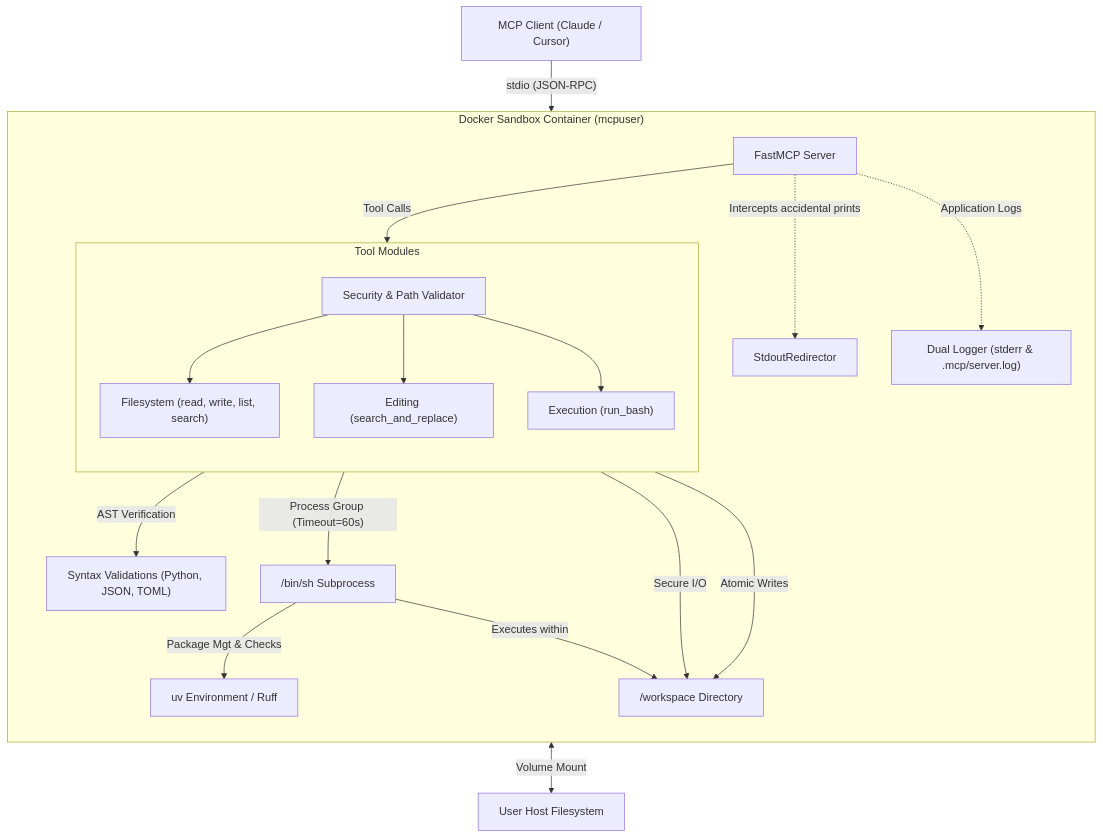
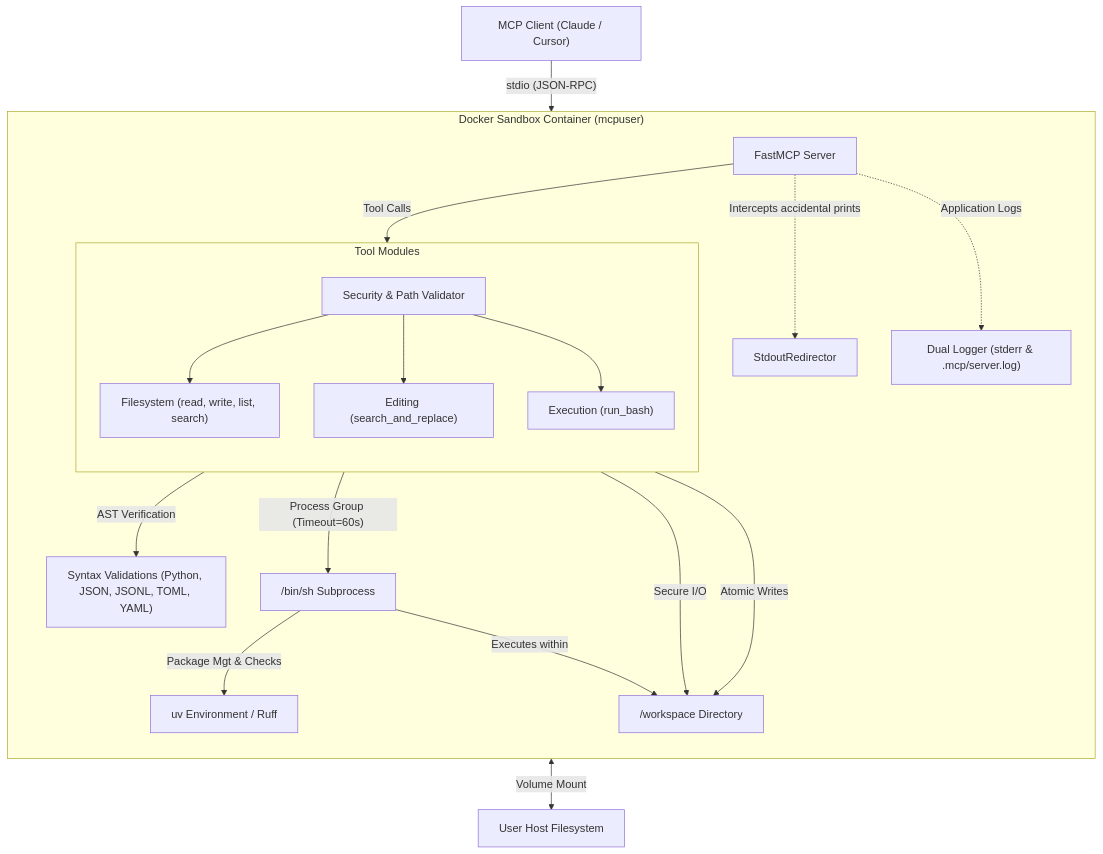
Before and after one commit to HrRodan/agent-workspace-mcp: the diagram in README.md, drawn with Mermaid. The commit also changed other lines of this file and 11 other files, not shown here.

````diff
--- a/README.md
+++ b/README.md
@@ -24,30 +24,30 @@
 ```mermaid
 flowchart TD
     Client["MCP Client (Claude / Cursor)"] -- "stdio (JSON-RPC)" --> FastMCP["FastMCP Server"]
 
     subgraph Sandbox ["Docker Sandbox Container (mcpuser)"]
         direction TB
         
         FastMCP -. "Intercepts accidental prints" .-> StdioGuard["StdoutRedirector"]
         FastMCP -. "Application Logs" .-> Logger["Dual Logger (stderr & .mcp/server.log)"]
         
         FastMCP -- "Tool Calls" --> SecurityGuard["Security & Path Validator"]
         
         subgraph Toolset ["Tool Modules"]
             direction TB
             SecurityGuard --> FSTools["Filesystem (read, write, list, search)"]
             SecurityGuard --> EditTools["Editing (search_and_replace)"]
             SecurityGuard --> ExecTools["Execution (run_bash)"]
         end
 
-        EditTools -- "AST Verification" --> Validator["Syntax Validations (Python, JSON, TOML)"]
+        EditTools -- "AST Verification" --> Validator["Syntax Validations (Python, JSON, JSONL, TOML, YAML)"]
         ExecTools -- "Process Group (Timeout=60s)" --> Shell["/bin/sh Subprocess"]
         Shell -- "Package Mgt & Checks" --> UV["uv Environment / Ruff"]
         
         FSTools -- "Secure I/O" --> Workspace["/workspace Directory"]
         EditTools -- "Atomic Writes" --> Workspace
         Shell -- "Executes within" --> Workspace
     end
 
     Workspace <--"Volume Mount"--> HostFS["User Host Filesystem"]
 ```
````
